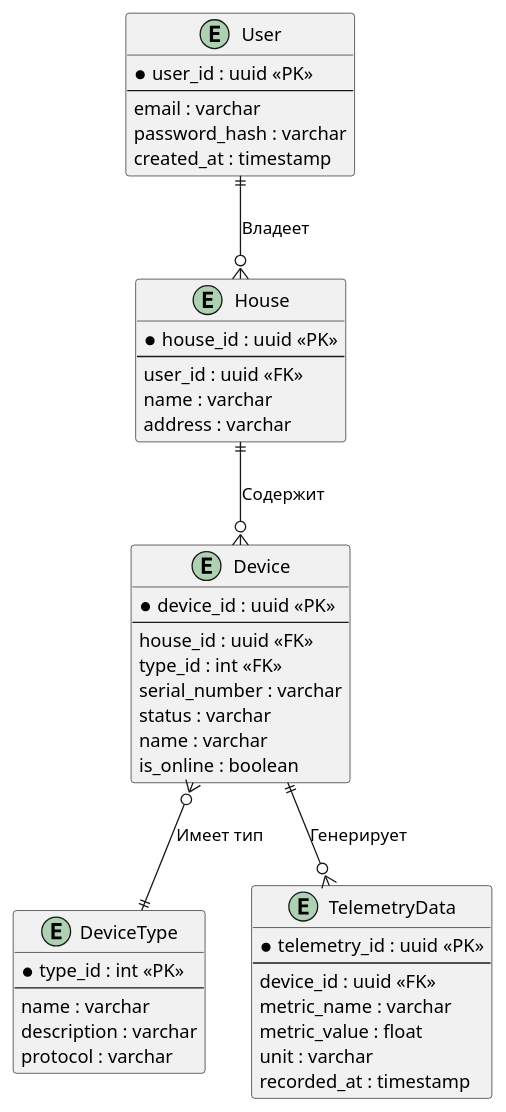
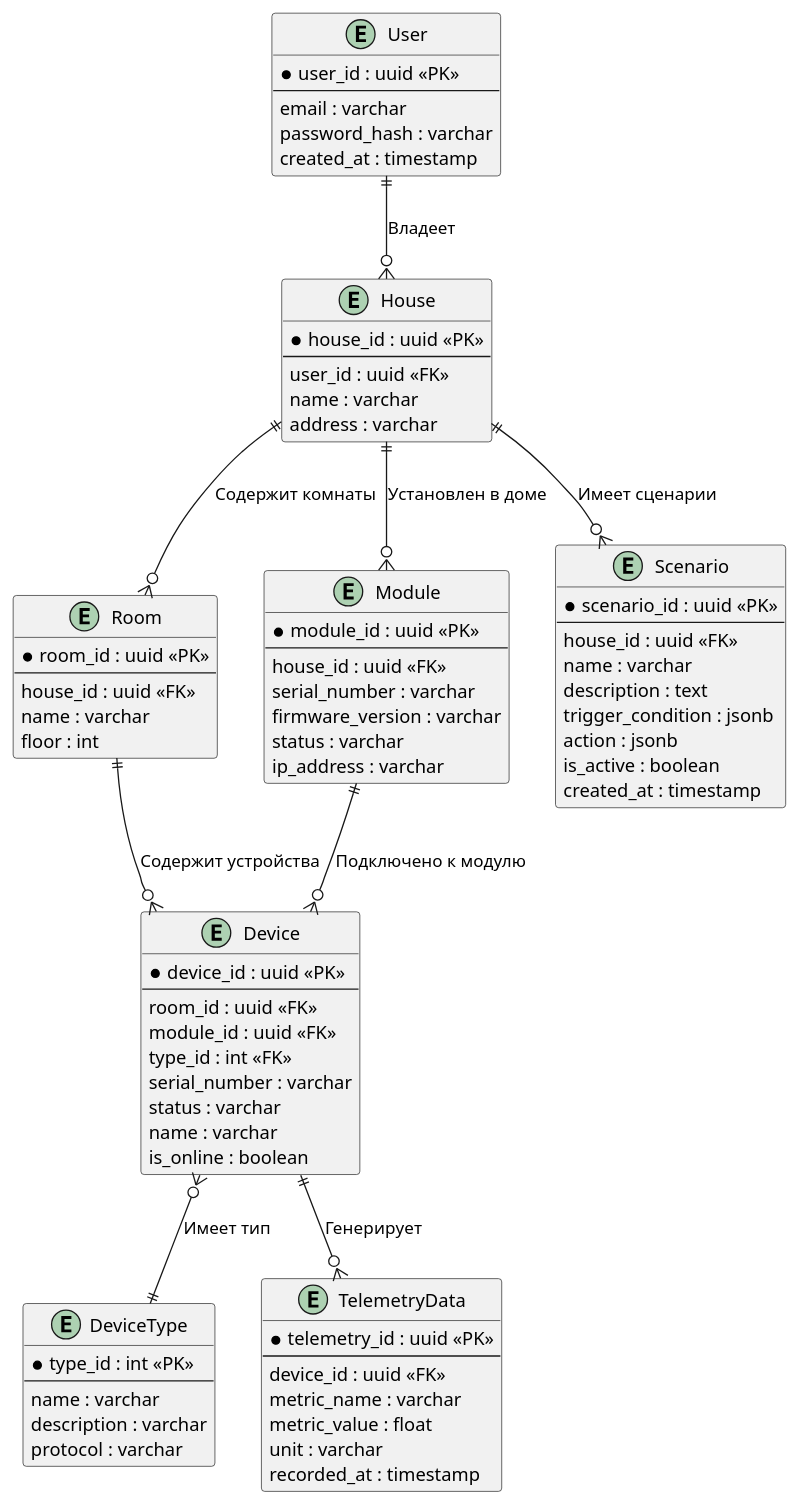
The sixth of 6 diagrams in README.md (akrasnikov79/architecture-warmhouse), drawn with PlantUML before and after one commit. The commit also changed other lines of this file and 3 other files, not shown here.

```diff
--- a/README.md
+++ b/README.md
@@ -176,6 +209,24 @@
   address : varchar
 }
 
+entity "Room" as room {
+  * room_id : uuid <<PK>>
+  --
+  house_id : uuid <<FK>>
+  name : varchar
+  floor : int
+}
+
+entity "Module" as module {
+  * module_id : uuid <<PK>>
+  --
+  house_id : uuid <<FK>>
+  serial_number : varchar
+  firmware_version : varchar
+  status : varchar
+  ip_address : varchar
+}
+
 entity "DeviceType" as dev_type {
   * type_id : int <<PK>>
   --
@@ -187,7 +238,8 @@
 entity "Device" as device {
   * device_id : uuid <<PK>>
   --
-  house_id : uuid <<FK>>
+  room_id : uuid <<FK>>
+  module_id : uuid <<FK>>
   type_id : int <<FK>>
   serial_number : varchar
   status : varchar
@@ -205,8 +257,24 @@
   recorded_at : timestamp
 }
 
+entity "Scenario" as scenario {
+  * scenario_id : uuid <<PK>>
+  --
+  house_id : uuid <<FK>>
+  name : varchar
+  description : text
+  trigger_condition : jsonb
+  action : jsonb
+  is_active : boolean
+  created_at : timestamp
+}
+
 user ||--o{ house : "Владеет"
-house ||--o{ device : "Содержит"
+house ||--o{ room : "Содержит комнаты"
+house ||--o{ module : "Установлен в доме"
+house ||--o{ scenario : "Имеет сценарии"
+room ||--o{ device : "Содержит устройства"
+module ||--o{ device : "Подключено к модулю"
 device }o--|| dev_type : "Имеет тип"
 device ||--o{ telemetry : "Генерирует"
 @enduml
```
